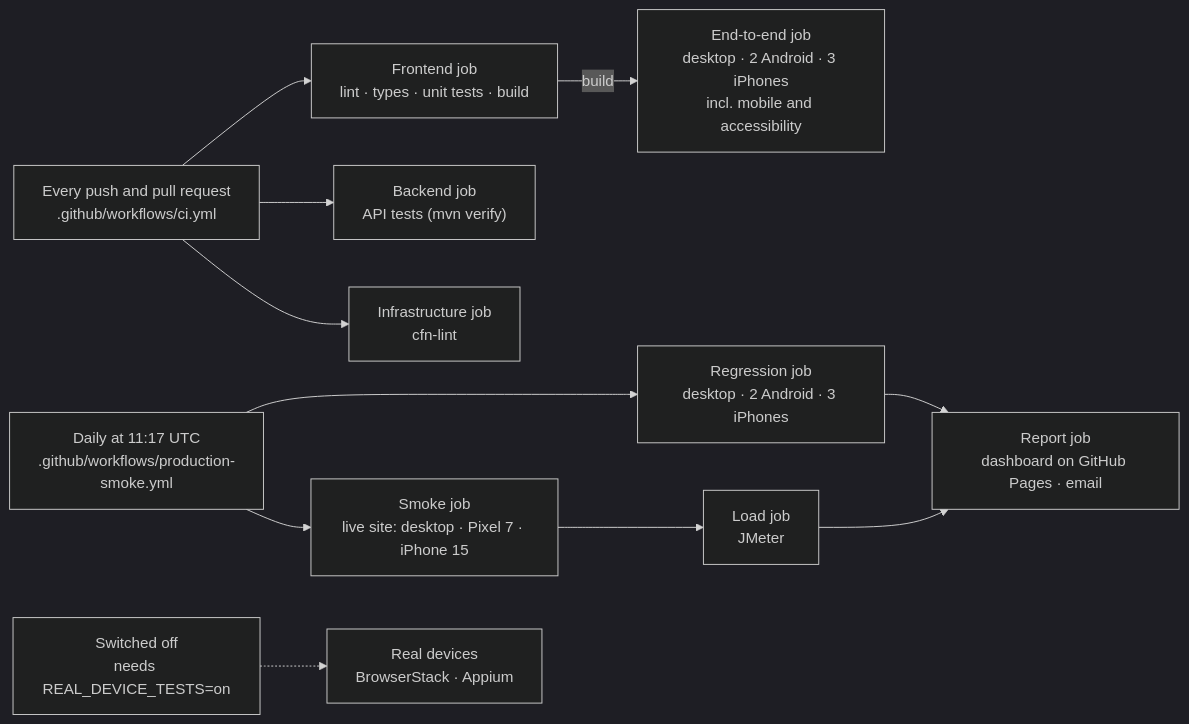
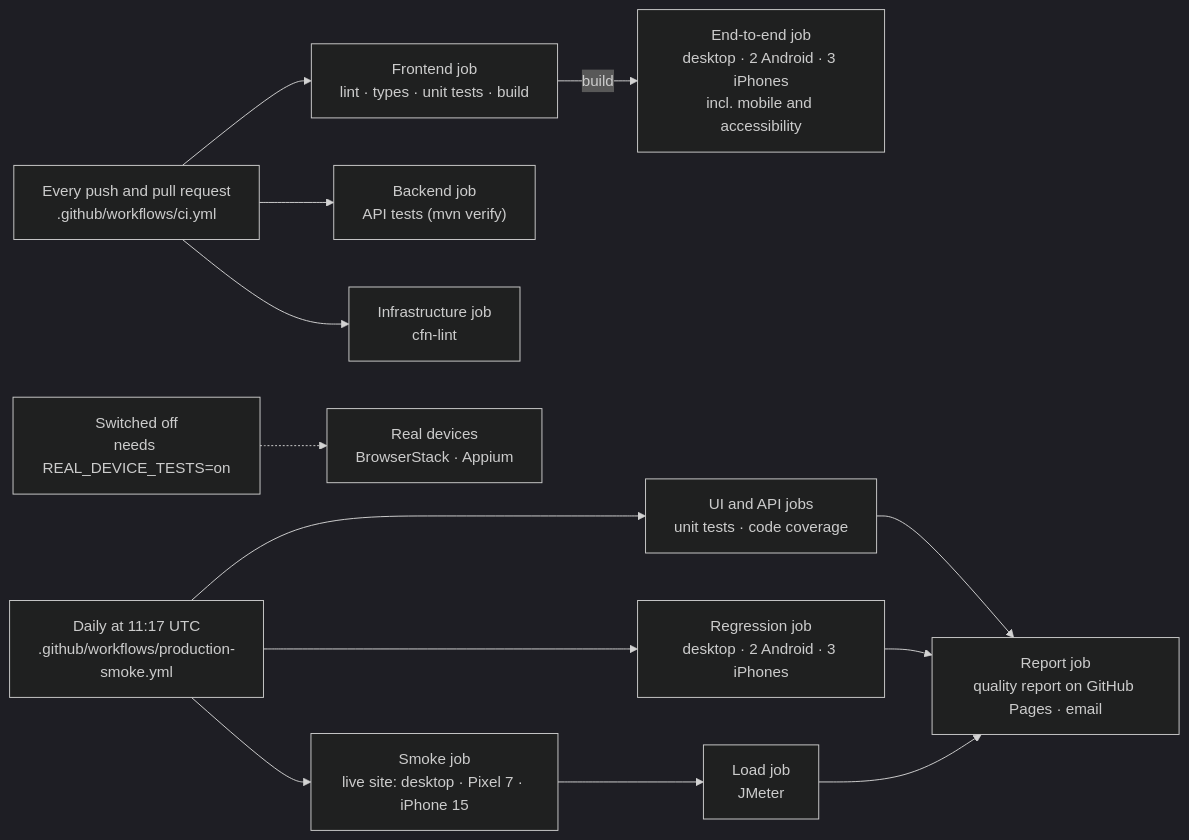
The first of 4 diagrams in docs/testing.md (shane24sweeney/aboutshane), drawn with Mermaid (dark theme) before and after one commit. The commit also changed 13 other files, not shown here.

First line of the commit message:
Turn the daily test report into a project quality report

````diff
--- a/docs/testing.md
+++ b/docs/testing.md
@@ -56,19 +56,21 @@
 ```mermaid
 flowchart LR
   push["Every push and pull request<br/>.github/workflows/ci.yml"]
   daily["Daily at 11:17 UTC<br/>.github/workflows/production-smoke.yml"]
   off["Switched off<br/>needs REAL_DEVICE_TESTS=on"]
 
   push --> frontend["Frontend job<br/>lint · types · unit tests · build"]
   push --> backend["Backend job<br/>API tests (mvn verify)"]
   push --> infra["Infrastructure job<br/>cfn-lint"]
   frontend -- "build" --> e2e["End-to-end job<br/>desktop · 2 Android · 3 iPhones<br/>incl. mobile and accessibility"]
 
+  daily --> unit["UI and API jobs<br/>unit tests · code coverage"]
   daily --> regression["Regression job<br/>desktop · 2 Android · 3 iPhones"]
   daily --> smoke["Smoke job<br/>live site: desktop · Pixel 7 · iPhone 15"]
   smoke --> load["Load job<br/>JMeter"]
-  regression --> report["Report job<br/>dashboard on GitHub Pages · email"]
+  unit --> report["Report job<br/>quality report on GitHub Pages · email"]
+  regression --> report
   load --> report
 
   off -.-> real["Real devices<br/>BrowserStack · Appium"]
 ```
````
